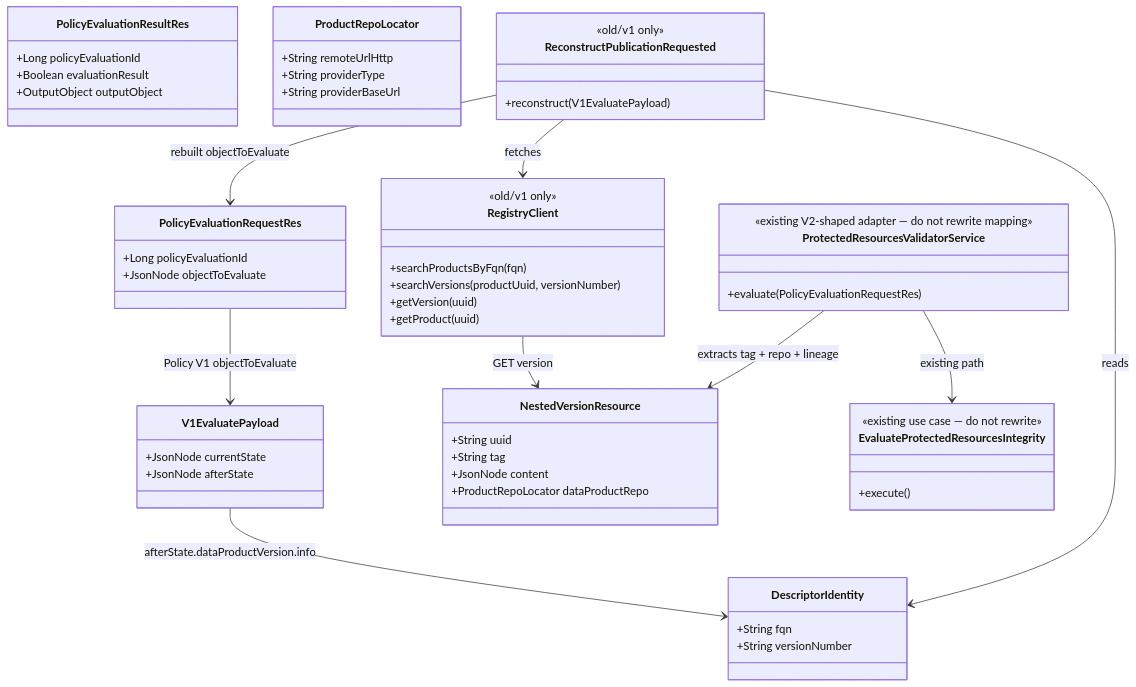
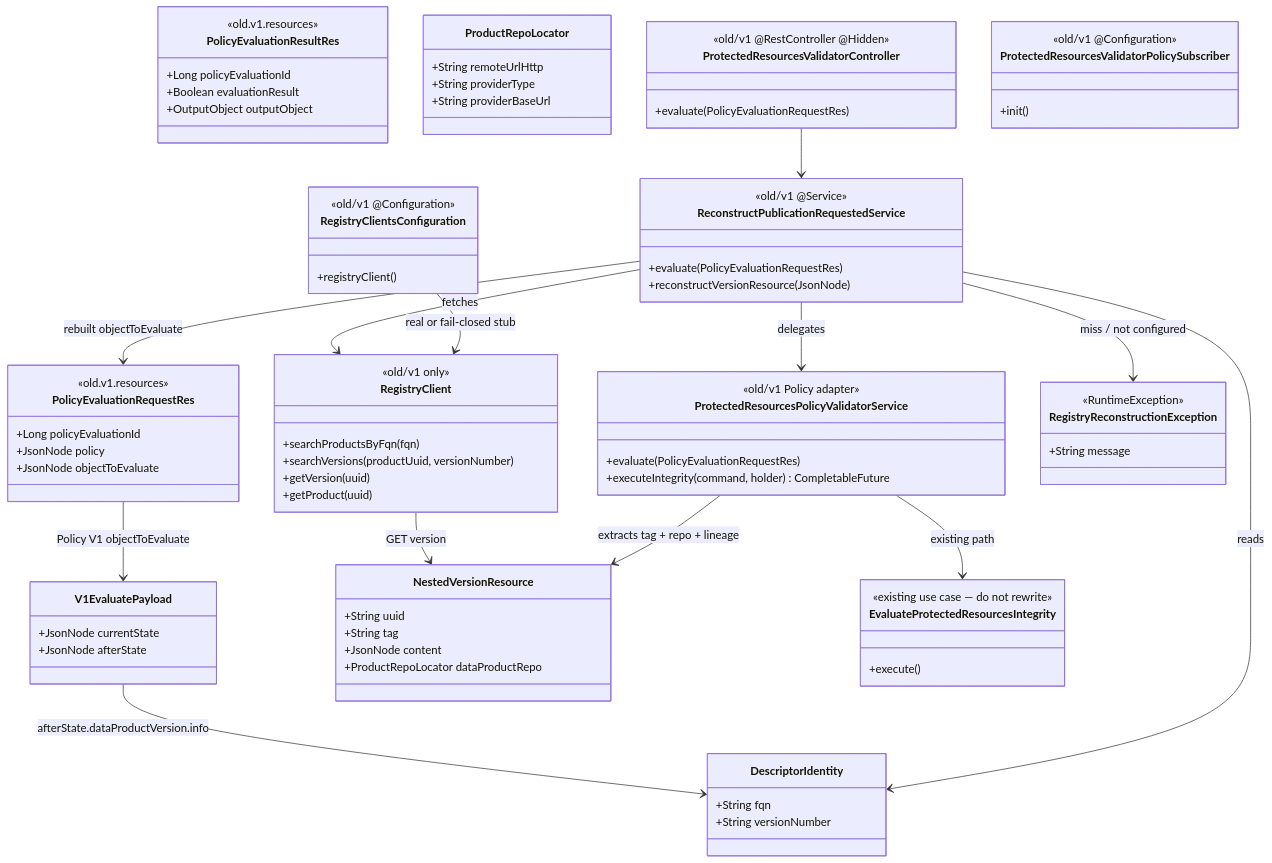
Before and after one commit to opendatamesh-initiative/odm-platform-pp-blueprint-server: the diagram in spdd/prompt/BDMD-5124-202608241546-[Feat]-service-v1-protected-resources-policy-adapter.md, drawn with Mermaid. The commit also changed other lines of this file and 45 other files, not shown here.

First line of the commit message:
feat: Enhance protected resources validation in Blueprint Server

````diff
--- a/spdd/prompt/BDMD-5124-202608241546-[Feat]-service-v1-protected-resources-policy-adapter.md
+++ b/spdd/prompt/BDMD-5124-202608241546-[Feat]-service-v1-protected-resources-policy-adapter.md
@@ -14,11 +14,14 @@
   direction TB
 
   class PolicyEvaluationRequestRes {
+    <<old.v1.resources>>
     +Long policyEvaluationId
+    +JsonNode policy
     +JsonNode objectToEvaluate
   }
 
   class PolicyEvaluationResultRes {
+    <<old.v1.resources>>
     +Long policyEvaluationId
     +Boolean evaluationResult
     +OutputObject outputObject
@@ -52,14 +55,26 @@
     +execute()
   }
 
-  class ProtectedResourcesValidatorService {
-    <<existing V2-shaped adapter — do not rewrite mapping>>
+  class ProtectedResourcesPolicyValidatorService {
+    <<old/v1 Policy adapter>>
+    +evaluate(PolicyEvaluationRequestRes)
+    +executeIntegrity(command, holder) CompletableFuture
+  }
+
+  class ReconstructPublicationRequestedService {
+    <<old/v1 @Service>>
+    +evaluate(PolicyEvaluationRequestRes)
+    +reconstructVersionResource(JsonNode)
+  }
+
+  class ProtectedResourcesValidatorController {
+    <<old/v1 @RestController @Hidden>>
     +evaluate(PolicyEvaluationRequestRes)
   }
 
-  class ReconstructPublicationRequested {
-    <<old/v1 only>>
-    +reconstruct(V1EvaluatePayload)
+  class ProtectedResourcesValidatorPolicySubscriber {
+    <<old/v1 @Configuration>>
+    +init()
   }
 
   class RegistryClient {
@@ -70,12 +85,26 @@
     +getProduct(uuid)
   }
 
+  class RegistryClientsConfiguration {
+    <<old/v1 @Configuration>>
+    +registryClient()
+  }
+
+  class RegistryReconstructionException {
+    <<RuntimeException>>
+    +String message
+  }
+
   PolicyEvaluationRequestRes --> V1EvaluatePayload : Policy V1 objectToEvaluate
   V1EvaluatePayload --> DescriptorIdentity : afterState.dataProductVersion.info
-  ReconstructPublicationRequested --> DescriptorIdentity : reads
-  ReconstructPublicationRequested --> RegistryClient : fetches
+  ProtectedResourcesValidatorController --> ReconstructPublicationRequestedService
+  ReconstructPublicationRequestedService --> DescriptorIdentity : reads
+  ReconstructPublicationRequestedService --> RegistryClient : fetches
+  ReconstructPublicationRequestedService --> RegistryReconstructionException : miss / not configured
+  RegistryClientsConfiguration --> RegistryClient : real or fail-closed stub
   RegistryClient --> NestedVersionResource : GET version
-  ReconstructPublicationRequested --> PolicyEvaluationRequestRes : rebuilt objectToEvaluate
-  ProtectedResourcesValidatorService --> NestedVersionResource : extracts tag + repo + lineage
-  ProtectedResourcesValidatorService --> EvaluateProtectedResourcesIntegrity : existing path
+  ReconstructPublicationRequestedService --> PolicyEvaluationRequestRes : rebuilt objectToEvaluate
+  ReconstructPublicationRequestedService --> ProtectedResourcesPolicyValidatorService : delegates
+  ProtectedResourcesPolicyValidatorService --> NestedVersionResource : extracts tag + repo + lineage
+  ProtectedResourcesPolicyValidatorService --> EvaluateProtectedResourcesIntegrity : existing path
 ```
````
